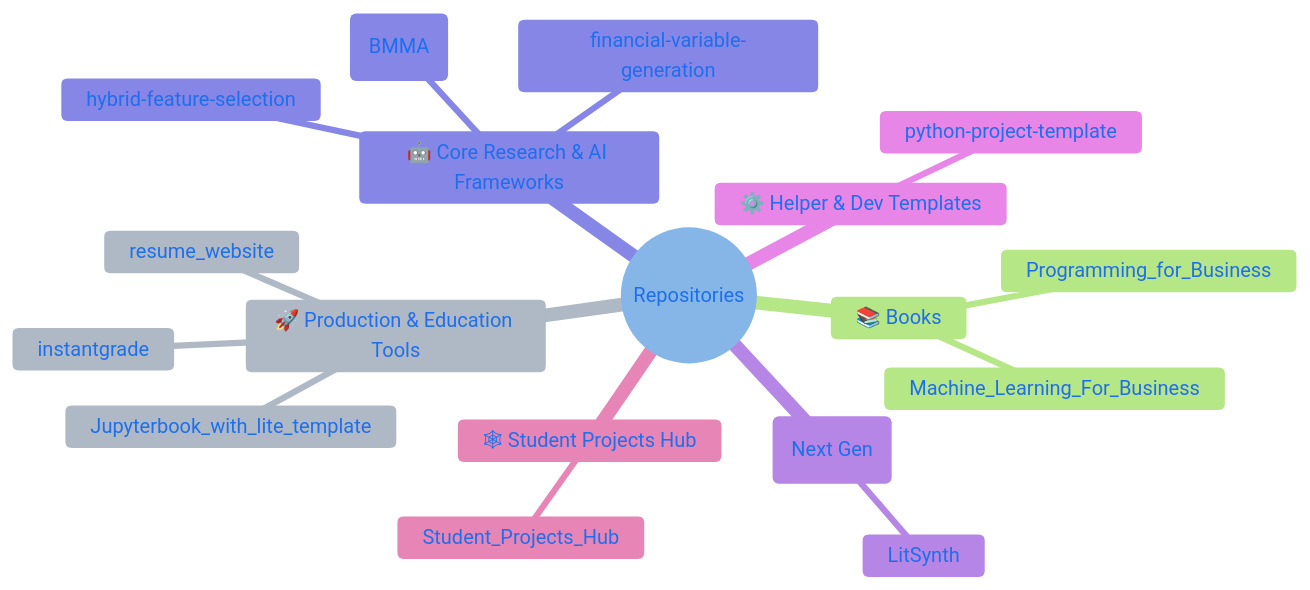
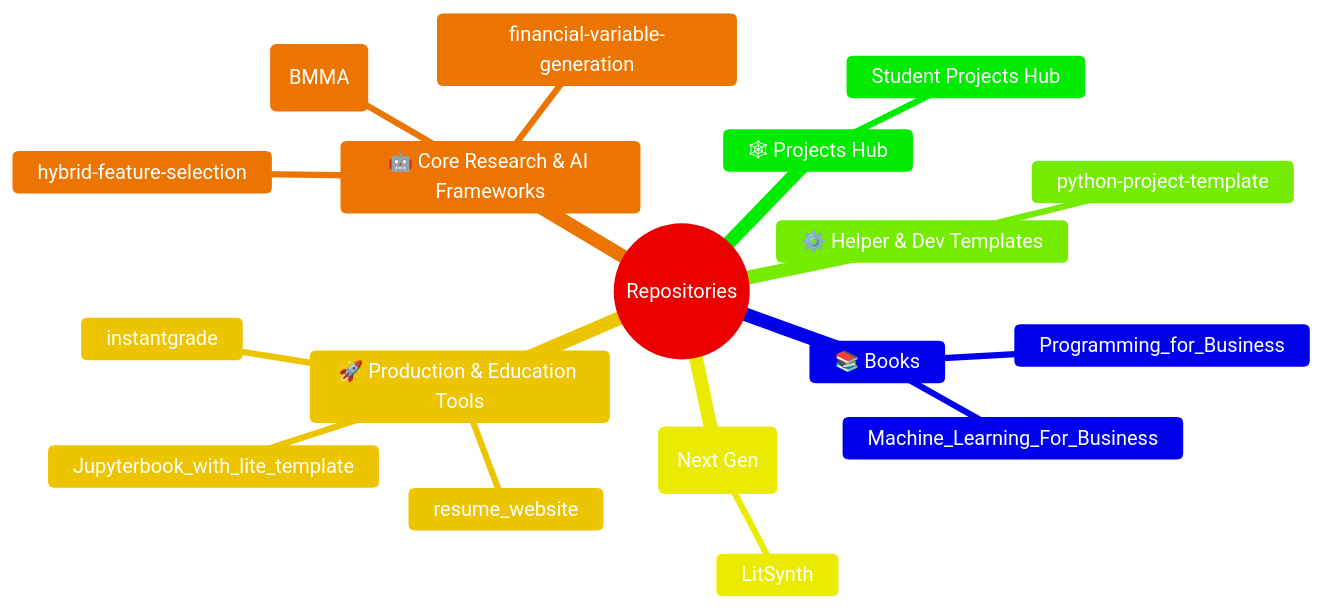
Before and after one commit to chandraveshchaudhari/chandraveshchaudhari: the diagram in README.md, drawn with Mermaid.

Commit message:
refactor: update mermaid diagram theme variables and improve project section naming

`````diff
--- a/README.md
+++ b/README.md
@@ -23,22 +23,22 @@
 ```mermaid
-%%{init: {"theme": "base", "themeVariables": {"primaryTextColor": "#1f6feb", "primaryColor": "#f0f6fc", "primaryBorderColor": "#1f6feb", "lineColor": "#1f6feb", "secondBkgColor": "#eaeef2", "secondTextColor": "#0969da", "tertiaryColor": "#f8f9fa"}}}%%
+%%{init: {"theme": "base", "themeVariables": {"primaryTextColor": "#ffffff", "primaryColor": "#FF6B6B", "primaryBorderColor": "#FF6B6B", "lineColor": "#FF6B6B", "secondBkgColor": "#4ECDC4", "secondTextColor": "#ffffff", "tertiaryColor": "#FFE66D", "tertiaryTextColor": "#000000", "tertiaryBorderColor": "#FFE66D"}}}%%
 mindmap
   root((Repositories))
     📚 Books
       Programming_for_Business
       Machine_Learning_For_Business
     🚀 Production & Education Tools
       instantgrade
       Jupyterbook_with_lite_template
       resume_website
     🤖 Core Research & AI Frameworks
       brain-ai (BMMA)
       hybrid-feature-selection
       financial-variable-generation
     📖 Literature-Automation (Next Gen)
       LitSynth
     ⚙️ Helper & Dev Templates
       python-project-template
-    🕸 Student Projects Hub
-      Student_Projects_Hub
+    🕸 Projects Hub
+      Student Projects Hub
 ````
`````
